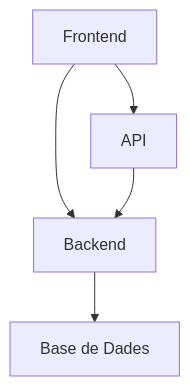
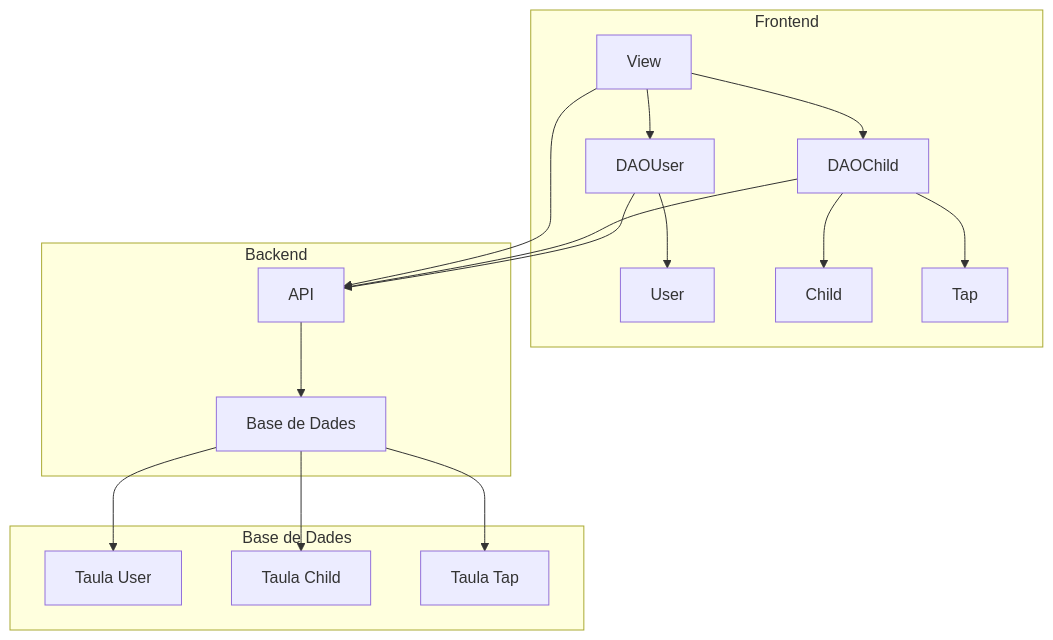
The diagram in Prototip2/DiagramaArqP2.mermaid (lauragrr1/tapatapp), drawn with Mermaid before and after one commit.

```diff
--- a/Prototip2/DiagramaArqP2.mermaid
+++ b/Prototip2/DiagramaArqP2.mermaid
@@ -1,5 +1,22 @@
-flowchart TD
-    A[Frontend] --> B[Backend]
-    B --> C[Base de Dades]
-    A --> D[API]
-    D --> B
+graph TD
+    subgraph Frontend
+        A[View] --> B[DAOUser]
+        A --> C[DAOChild]
+        B --> D[User]
+        C --> E[Child]
+        C --> F[Tap]
+    end
+
+    subgraph Backend
+        B --> G[API]
+        C --> G
+        G --> H[Base de Dades]
+    end
+
+    subgraph Base de Dades
+        H --> I[Taula User]
+        H --> J[Taula Child]
+        H --> K[Taula Tap]
+    end
+
+    A --> G
```
